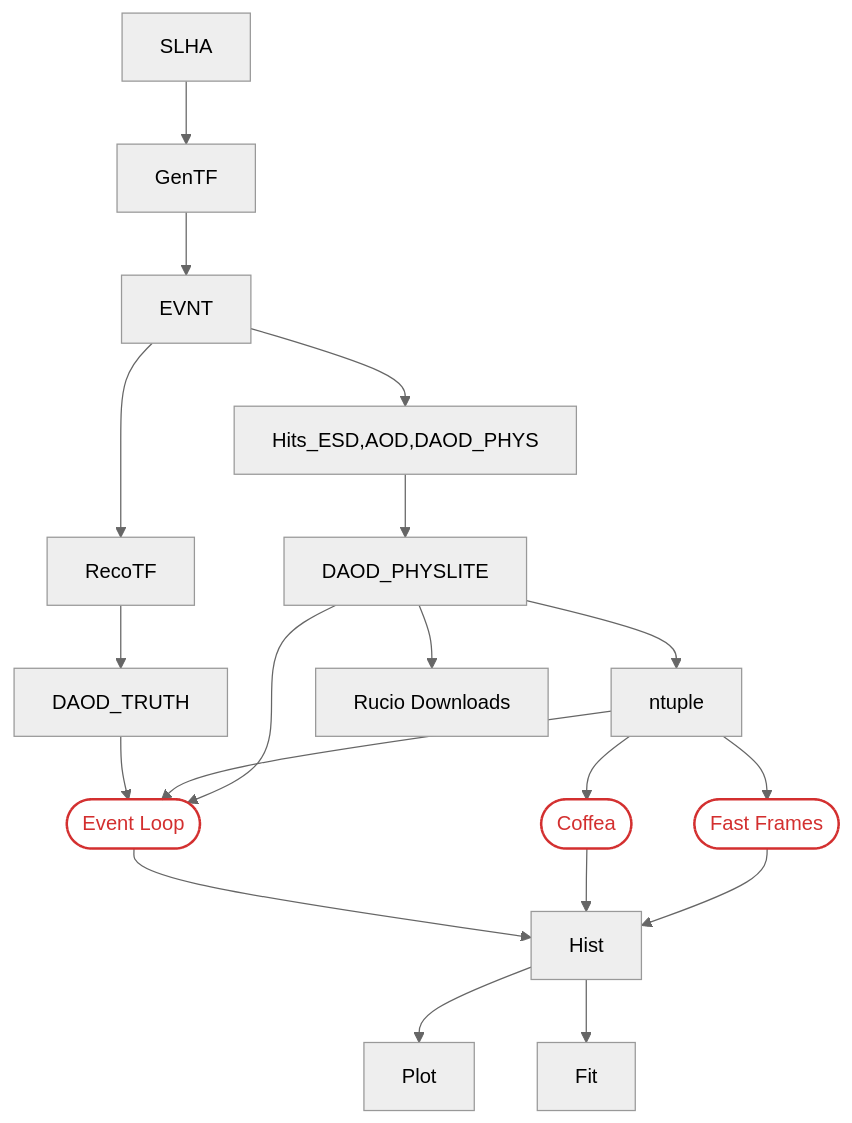
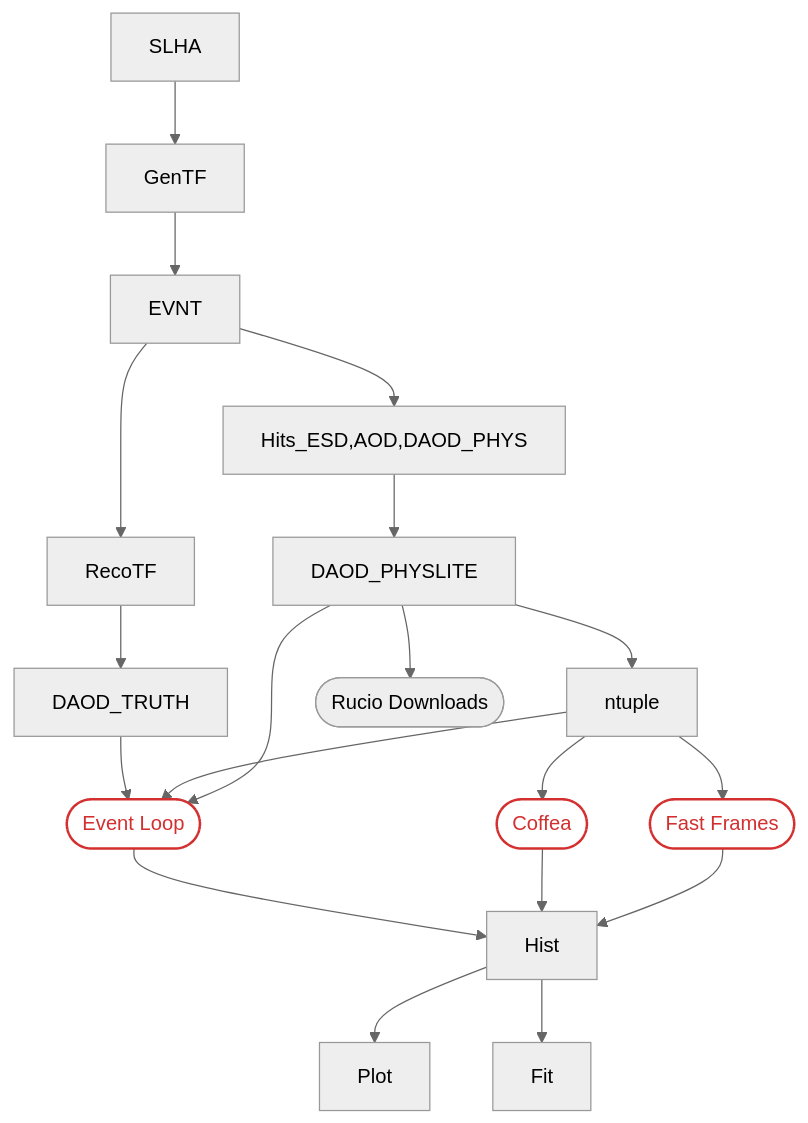
The diagram in docs/flowChart.md (usatlas/AF-Benchmarking), drawn with Mermaid (neutral theme) before and after one commit.

````diff
--- a/docs/flowChart.md
+++ b/docs/flowChart.md
@@ -1,37 +1,39 @@
 ```mermaid
 flowchart TD
     SLHA --> GenTF
     GenTF --> EVNT
     EVNT --> RecoTF
     RecoTF --> DAOD_TRUTH
     DAOD_TRUTH --> Event_Loop
     Event_Loop --> Hist
 
     EVNT--> Hits_ESD,AOD,DAOD_PHYS
     Hits_ESD,AOD,DAOD_PHYS --> DAOD_PHYSLITE
 
     ntuple --> Coffea
     Coffea --> Hist
 
     ntuple --> Fast_Frames
     Fast_Frames --> Hist
 
     ntuple --> Event_Loop
     DAOD_PHYSLITE --> ntuple
     DAOD_PHYSLITE --> Event_Loop
-    DAOD_PHYSLITE --> bash["Rucio Downloads"]
+    DAOD_PHYSLITE --> Rucio_Downloads
 
     Hist --> Plot
     Hist --> Fit
 
     click Event_Loop "https://github.com/usatlas/AF-Benchmarking/tree/main/event_loop" "Event Loop documentation"
     click Coffea "https://github.com/usatlas/AF-Benchmarking/tree/main/NTuple_Hist/coffea" "Coffea documentation"
     click Fast_Frames "https://github.com/usatlas/AF-Benchmarking/tree/main/NTuple_Hist/fastframes" "Fast Frames documentation"
+    click Rucio_Downloads "https://github.com/usatlas/AF-Benchmarking/blob/main/Rucio/rucio_script.sh" "'Rucio Downloads' Script"
 
     Event_Loop(["Event Loop"])
     Coffea(["Coffea"])
     Fast_Frames(["Fast Frames"])
+    Rucio_Downloads(["Rucio Downloads"])
     
     classDef method fill:transparent,stroke:#d32f2f,stroke-width:2px,color:#d32f2f;
     class Event_Loop,Coffea,Fast_Frames method;
 ```
````
